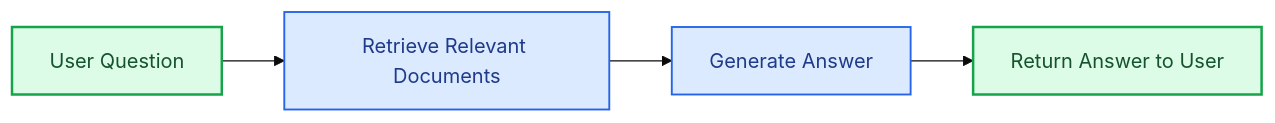
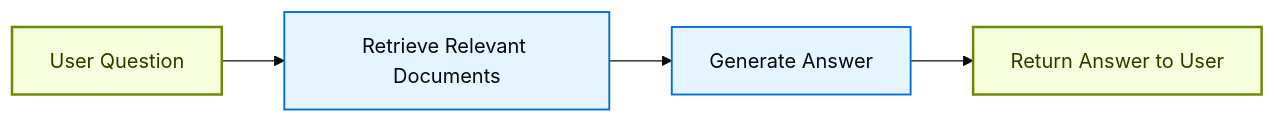
One commit to fede-kamel/docs-1 changed the second of 4 diagrams in build/oss/javascript/langchain/retrieval.mdx. Above: the diagram before and after it, drawn with Mermaid (base theme). The commit also changed other lines of this file and 3929 other files, not shown here.

````diff
--- a/build/oss/javascript/langchain/retrieval.mdx
+++ b/build/oss/javascript/langchain/retrieval.mdx
@@ -125,13 +135,13 @@
 ```mermaid
 graph LR
     A[User Question] --> B["Retrieve Relevant Documents"]
     B --> C["Generate Answer"]
     C --> D[Return Answer to User]
 
     %% Styling
-    classDef startend fill:#DCFCE7,stroke:#16A34A,stroke-width:2px,color:#14532D
-    classDef process fill:#DBEAFE,stroke:#2563EB,stroke-width:1.5px,color:#1E3A8A
+    classDef startend fill:#F6FFDB,stroke:#6E8900,stroke-width:2px,color:#2E3900
+    classDef process fill:#E5F4FF,stroke:#006DDD,stroke-width:1.5px,color:#030710
 
     class A,D startend
     class B,C process
 ```
````
